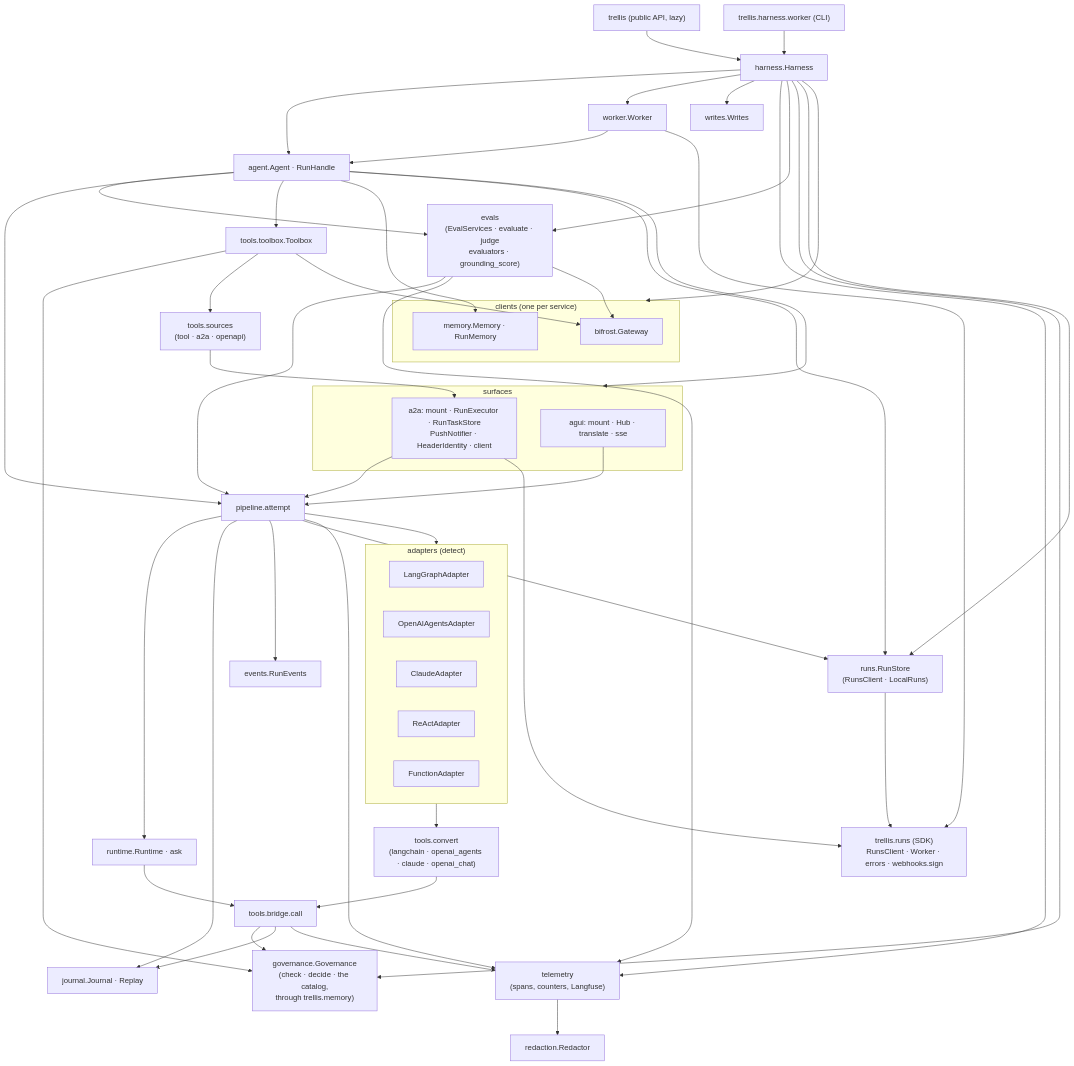
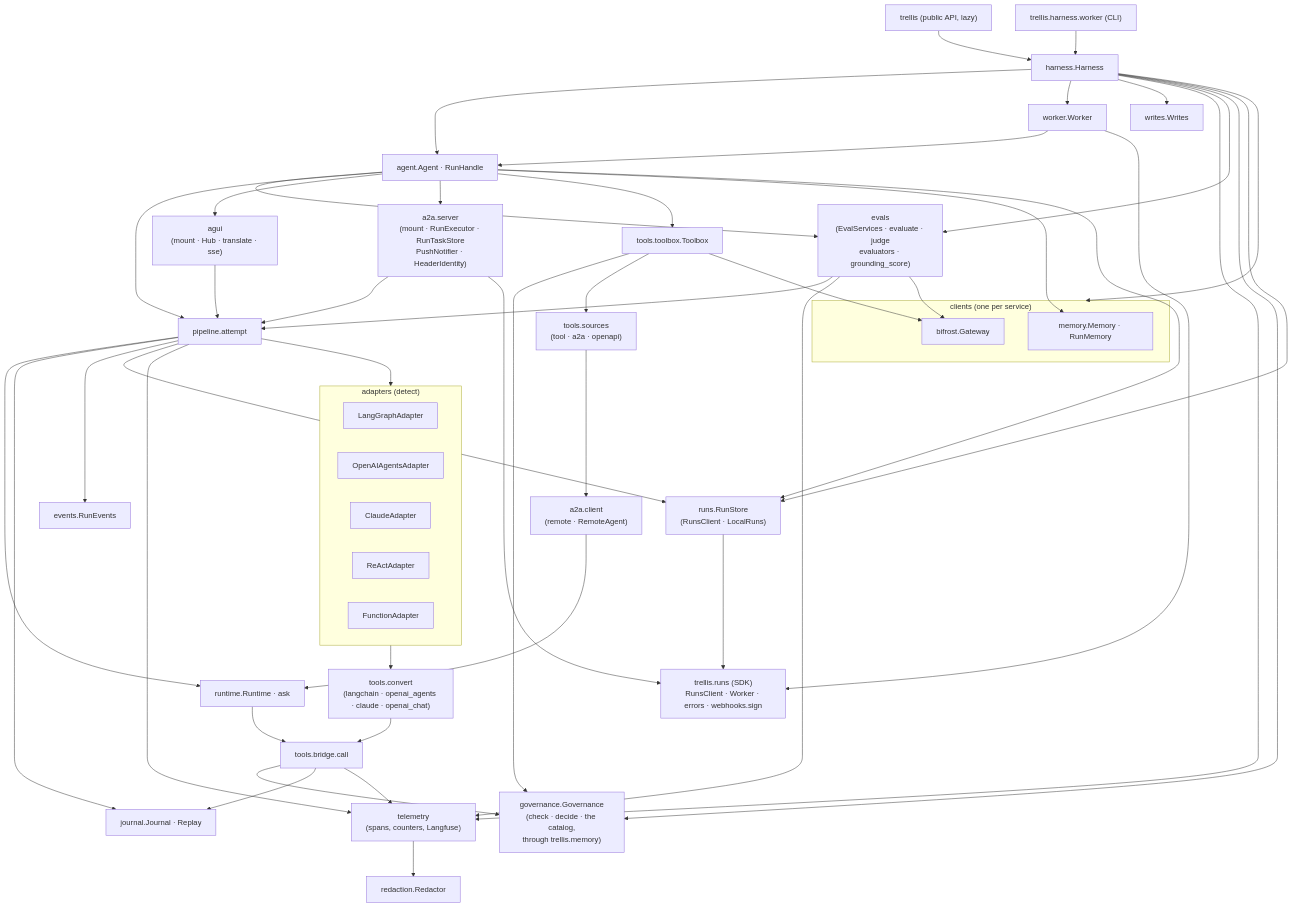
The second of 10 diagrams in ARCHITECTURE.md (amitmohapatra/agent-harness), drawn with Mermaid before and after one commit. The commit also changed other lines of this file and 32 other files, not shown here.

First line of the commit message:
A2A and AG-UI are their own packages; remote() calls an A2A agent from any code

````diff
--- a/ARCHITECTURE.md
+++ b/ARCHITECTURE.md
@@ -109,62 +112,60 @@
 ```mermaid
 flowchart TB
   api["trellis (public API, lazy)"] --> harness["harness.Harness"]
   cli["trellis.harness.worker (CLI)"] --> harness
   harness --> agent["agent.Agent · RunHandle"]
   harness --> workerm["worker.Worker"]
   harness --> writes["writes.Writes"]
   harness --> telemetry["telemetry<br/>(spans, counters, Langfuse)"]
   harness --> evals["evals<br/>(EvalServices · evaluate · judge<br/>evaluators · grounding_score)"]
   agent --> evals
   evals --> pipeline
   evals --> telemetry
   evals --> bifrost
   workerm --> agent
   workerm --> sdk
   agent --> pipeline["pipeline.attempt"]
-  agent --> surfaces
-  subgraph surfaces["surfaces"]
-    agui["agui: mount · Hub · translate · sse"]
-    a2a["a2a: mount · RunExecutor · RunTaskStore<br/>PushNotifier · HeaderIdentity · client"]
-  end
+  agent --> agui["agui<br/>(mount · Hub · translate · sse)"]
+  agent --> a2aserver["a2a.server<br/>(mount · RunExecutor · RunTaskStore<br/>PushNotifier · HeaderIdentity)"]
   agui --> pipeline
-  a2a --> pipeline
+  a2aserver --> pipeline
   pipeline --> runtime["runtime.Runtime · ask"]
   pipeline --> journal["journal.Journal · Replay"]
   pipeline --> events["events.RunEvents"]
   pipeline --> adapters
   subgraph adapters["adapters (detect)"]
     langgraph["LangGraphAdapter"]
     openai["OpenAIAgentsAdapter"]
     claude["ClaudeAdapter"]
     react["ReActAdapter"]
     function["FunctionAdapter"]
   end
   adapters --> convert["tools.convert<br/>(langchain · openai_agents · claude · openai_chat)"]
   convert --> bridge["tools.bridge.call"]
   runtime --> bridge
   bridge --> governance["governance.Governance<br/>(check · decide · the catalog,<br/>through trellis.memory)"]
   bridge --> journal
   harness --> governance
   agent --> toolbox["tools.toolbox.Toolbox"]
   toolbox --> governance
   toolbox --> sources["tools.sources<br/>(tool · a2a · openapi)"]
-  sources --> a2a
+  sources --> a2aclient["a2a.client<br/>(remote · RemoteAgent)"]
+  a2aclient --> runtime
   subgraph clients["clients (one per service)"]
     bifrost["bifrost.Gateway"]
     memory["memory.Memory · RunMemory"]
   end
   runs["runs.RunStore<br/>(RunsClient · LocalRuns)"]
   sdk["trellis.runs (SDK)<br/>RunsClient · Worker · errors · webhooks.sign"]
   toolbox --> bifrost
   agent --> memory
   agent --> runs
   pipeline --> runs
   harness --> clients
   harness --> runs
   runs --> sdk
-  a2a --> sdk
+  a2aserver --> sdk
   telemetry --> redaction["redaction.Redactor"]
   pipeline --> telemetry
   bridge --> telemetry
 ```
````
